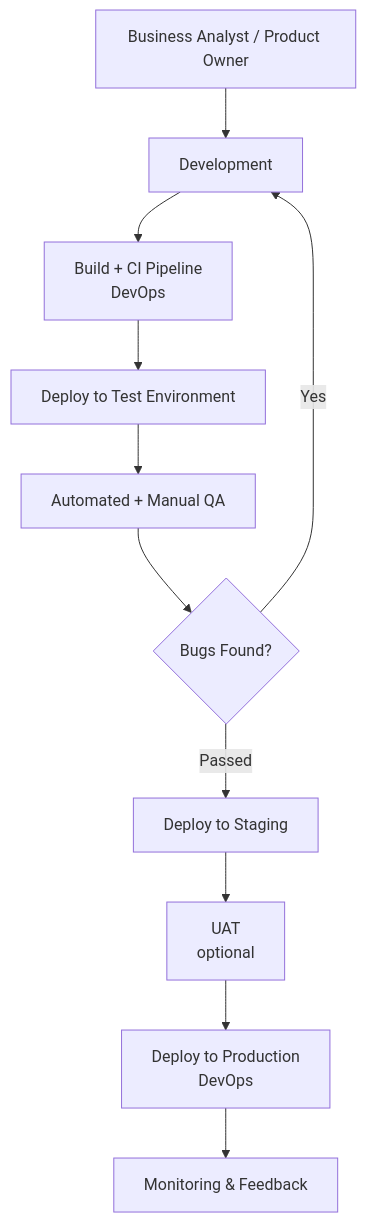
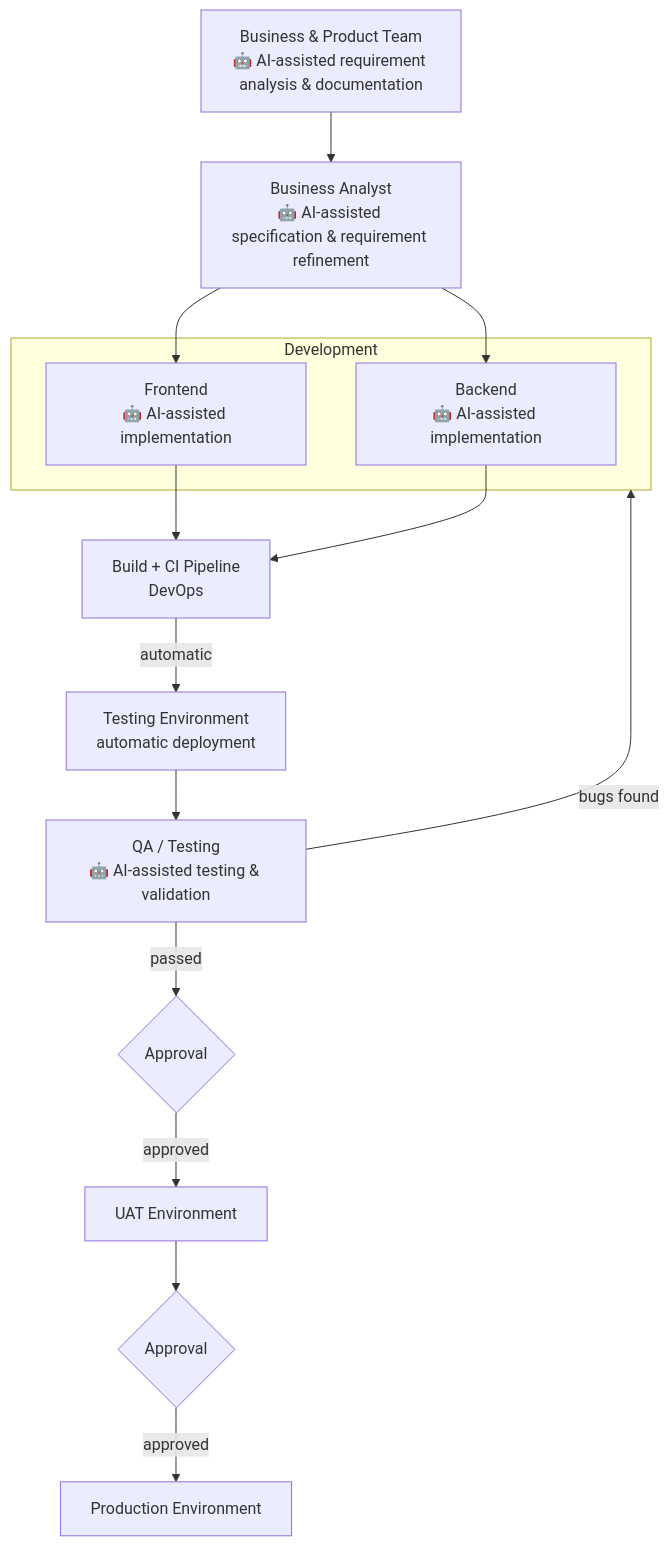
One commit to peopledesk-app/engineering-blueprint changed the second of 6 diagrams in peopledesk-ba-workspace/README.md. Above: the diagram before and after it, drawn with Mermaid. The commit also changed other lines of this file, not shown here.

First line of the commit message:
Rewrite the journey: AI-assisted teams in past, orchestrating AI Workspace in present, customer-driven future

````diff
--- a/peopledesk-ba-workspace/README.md
+++ b/peopledesk-ba-workspace/README.md
@@ -80,14 +94,32 @@
 ```mermaid
 flowchart TB
 
-A[Business Analyst / Product Owner] --> B[Development]
-B --> C[Build + CI Pipeline<br/>DevOps]
-C --> D[Deploy to Test Environment]
-D --> E[Automated + Manual QA]
-E --> F{Bugs Found?}
-F -->|Yes| B
-F -->|Passed| G[Deploy to Staging]
-G --> H[UAT<br/>optional]
-H --> I[Deploy to Production<br/>DevOps]
-I --> J[Monitoring & Feedback]
+BP["Business & Product Team<br/>🤖 AI-assisted requirement analysis & documentation"]
+BA["Business Analyst<br/>🤖 AI-assisted specification & requirement refinement"]
+
+subgraph DEV[Development]
+    FE["Frontend<br/>🤖 AI-assisted implementation"]
+    BE["Backend<br/>🤖 AI-assisted implementation"]
+end
+
+CI["Build + CI Pipeline<br/>DevOps"]
+TEST["Testing Environment<br/>automatic deployment"]
+QA["QA / Testing<br/>🤖 AI-assisted testing & validation"]
+UATA{Approval}
+UAT[UAT Environment]
+PRODA{Approval}
+PROD[Production Environment]
+
+BP --> BA
+BA --> FE
+BA --> BE
+FE --> CI
+BE --> CI
+CI -->|automatic| TEST
+TEST --> QA
+QA -->|bugs found| DEV
+QA -->|passed| UATA
+UATA -->|approved| UAT
+UAT --> PRODA
+PRODA -->|approved| PROD
 ```
````
